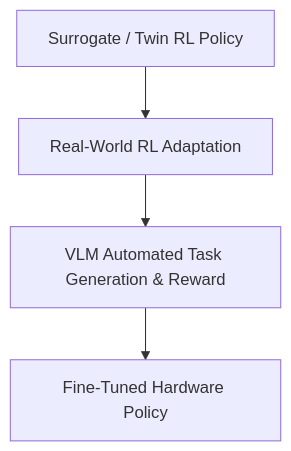
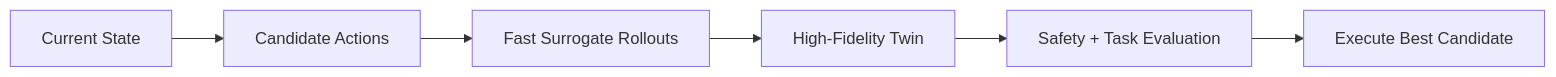
Before and after one commit to Freelunch-AI/freelunch-ide: diagram 12 of 15 in docs/specs/post-demo/lunch_robotics.md, drawn with Mermaid. The commit also changed other lines of this file, not shown here.

````diff
--- a/docs/specs/post-demo/lunch_robotics.md
+++ b/docs/specs/post-demo/lunch_robotics.md
@@ -459,6 +857,11 @@
 ```mermaid
-flowchart TD
-    A["Surrogate / Twin RL Policy"] --> B["Real-World RL Adaptation"]
-    B --> C["VLM Automated Task Generation & Reward"]
-    C --> D["Fine-Tuned Hardware Policy"]
+flowchart LR
+    A["Current State"]
+    --> B["Candidate Actions"]
+
+    B --> C["Fast Surrogate Rollouts"]
+    C --> D["High-Fidelity Twin"]
+
+    D --> E["Safety + Task Evaluation"]
+    E --> F["Execute Best Candidate"]
 ```
````
